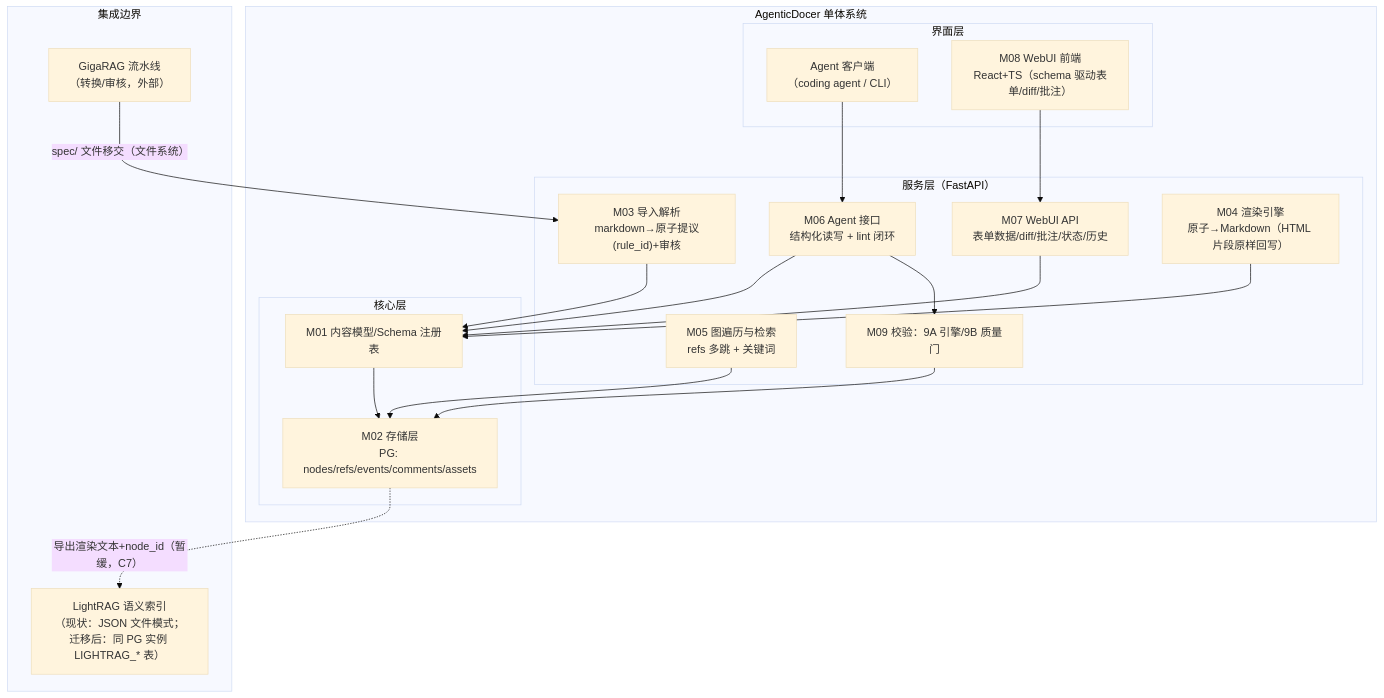
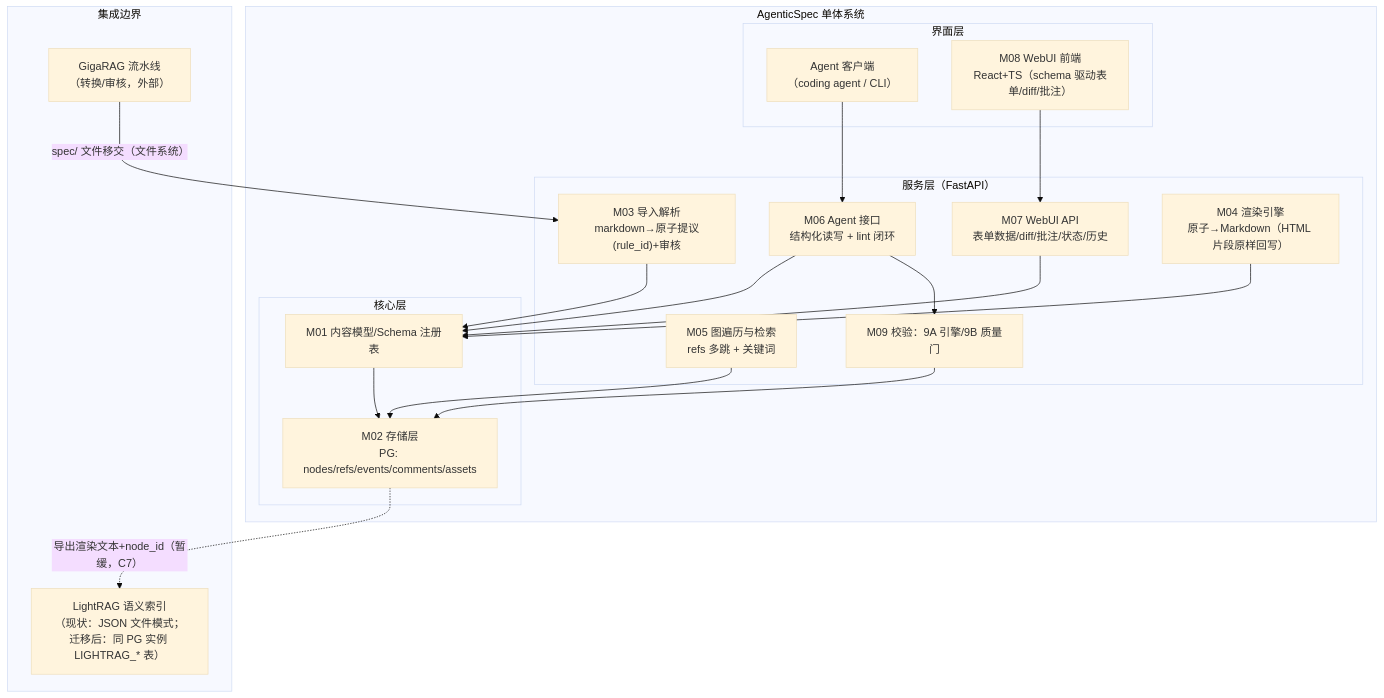
One commit to amoslee2026/AgenticDocer changed the first of 6 diagrams in spec/idea/design_doc.md. Above: the diagram before and after it, drawn with Mermaid (base theme). The commit also changed other lines of this file and 241 other files, not shown here.

First line of the commit message:
rename: 项目更名 AgenticDocer → AgenticSpec

````diff
--- a/spec/idea/design_doc.md
+++ b/spec/idea/design_doc.md
@@ -47,39 +47,39 @@
 ```mermaid
 flowchart TB
     subgraph EXT["集成边界"]
         GR["GigaRAG 流水线<br/>（转换/审核，外部）"]
         LR["LightRAG 语义索引<br/>（现状：JSON 文件模式；<br/>迁移后：同 PG 实例 LIGHTRAG_* 表）"]
     end
 
-    subgraph SYS["AgenticDocer 单体系统"]
+    subgraph SYS["AgenticSpec 单体系统"]
         subgraph IFACE["界面层"]
             AG["Agent 客户端<br/>（coding agent / CLI）"]
             WEB["M08 WebUI 前端<br/>React+TS（schema 驱动表单/diff/批注）"]
         end
         subgraph SVC["服务层（FastAPI）"]
             M06["M06 Agent 接口<br/>结构化读写 + lint 闭环"]
             M07["M07 WebUI API<br/>表单数据/diff/批注/状态/历史"]
             M03["M03 导入解析<br/>markdown→原子提议(rule_id)+审核"]
             M04["M04 渲染引擎<br/>原子→Markdown（HTML 片段原样回写）"]
             M05["M05 图遍历与检索<br/>refs 多跳 + 关键词"]
             M09["M09 校验：9A 引擎/9B 质量门"]
         end
         subgraph CORE["核心层"]
             M01["M01 内容模型/Schema 注册表"]
             M02["M02 存储层<br/>PG: nodes/refs/events/comments/assets"]
         end
     end
 
     GR -- "spec/ 文件移交（文件系统）" --> M03
     AG --> M06
     WEB --> M07
     M06 --> M09
     M06 --> M01
     M07 --> M01
     M03 --> M01
     M04 --> M01
     M05 --> M02
     M01 --> M02
     M09 --> M02
     M02 -. "导出渲染文本+node_id（暂缓，C7）" .-> LR
 ```
````
